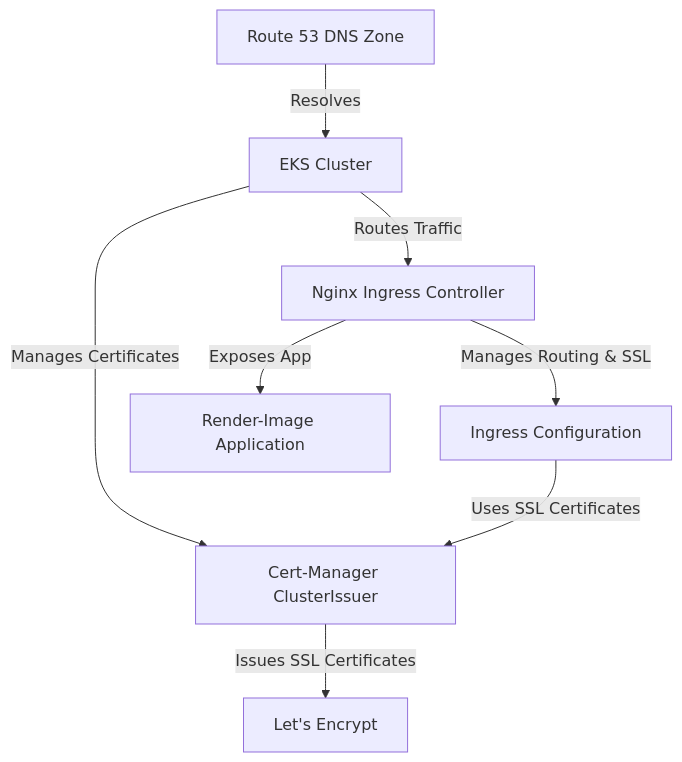
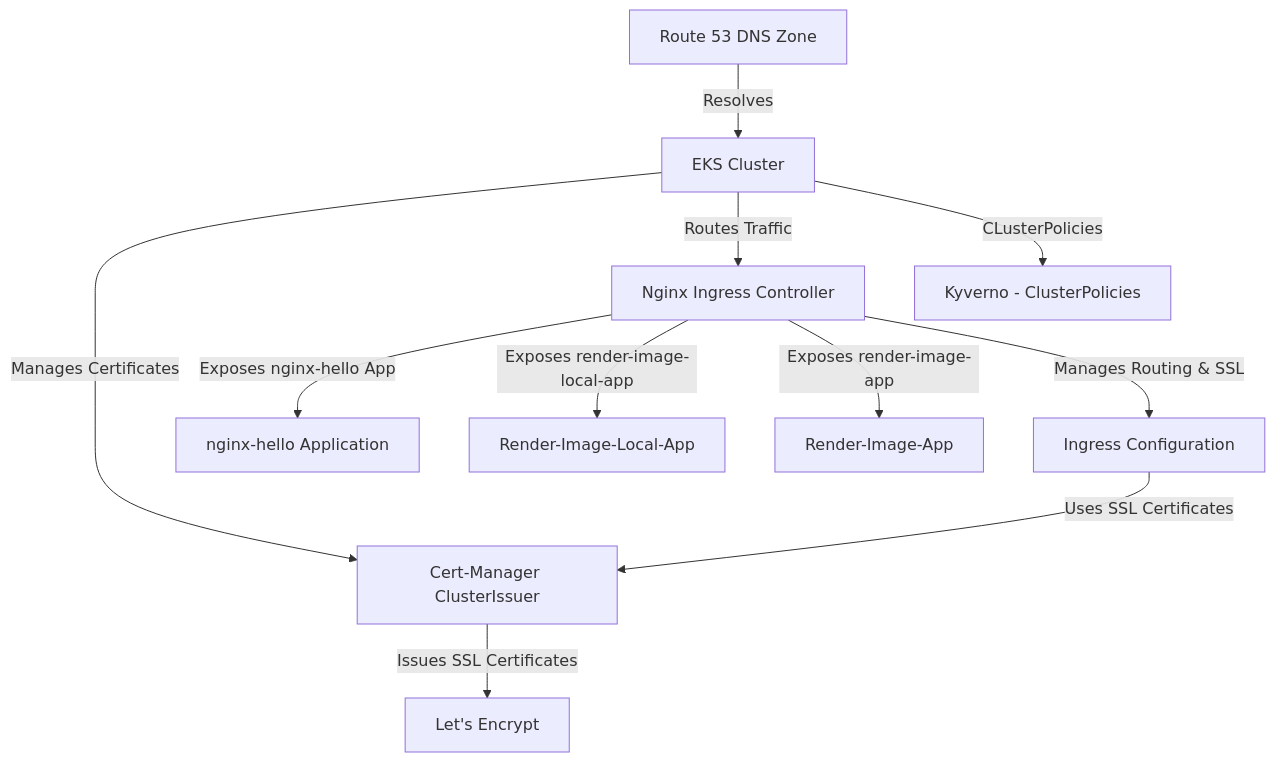
One commit to FedericoDelSaz/EKS-S3-AWS changed the diagram in accounts/new-work/workload/configuration/README.md. Above: the diagram before and after it, drawn with Mermaid. The commit also changed other lines of this file and 9 other files, not shown here.

````diff
--- a/accounts/new-work/workload/configuration/README.md
+++ b/accounts/new-work/workload/configuration/README.md
@@ -35,10 +50,15 @@
 ```mermaid
 graph TD;
   A[Route 53 DNS Zone] -->|Resolves| B[EKS Cluster];
   B -->|Manages Certificates| C[Cert-Manager ClusterIssuer];
   C -->|Issues SSL Certificates| D[Let's Encrypt];
   B -->|Routes Traffic| E[Nginx Ingress Controller];
-  E -->|Exposes App| F[Render-Image Application];
-  E -->|Manages Routing & SSL| G[Ingress Configuration];
-  G -->|Uses SSL Certificates| C;
+  B -->|CLusterPolicies| J[Kyverno];
+  E -->|Exposes nginx-hello App| F[nginx-hello Application];
+  E -->|Exposes render-image-local-app| G[Render-Image-Local-App];
+  E -->|Exposes render-image-app| H[Render-Image-App];
+  E -->|Manages Routing & SSL| I[Ingress Configuration];
+  I -->|Uses SSL Certificates| C;
+  J[Kyverno - ClusterPolicies];
+
 ```  
````
